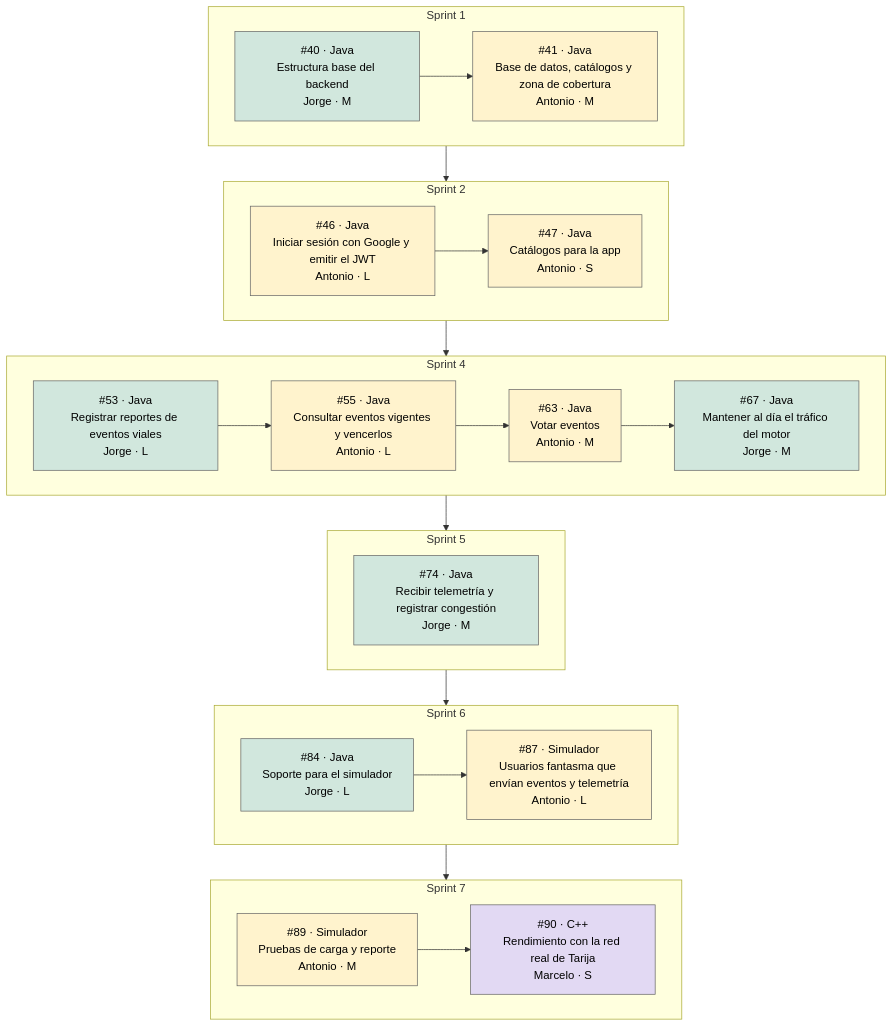
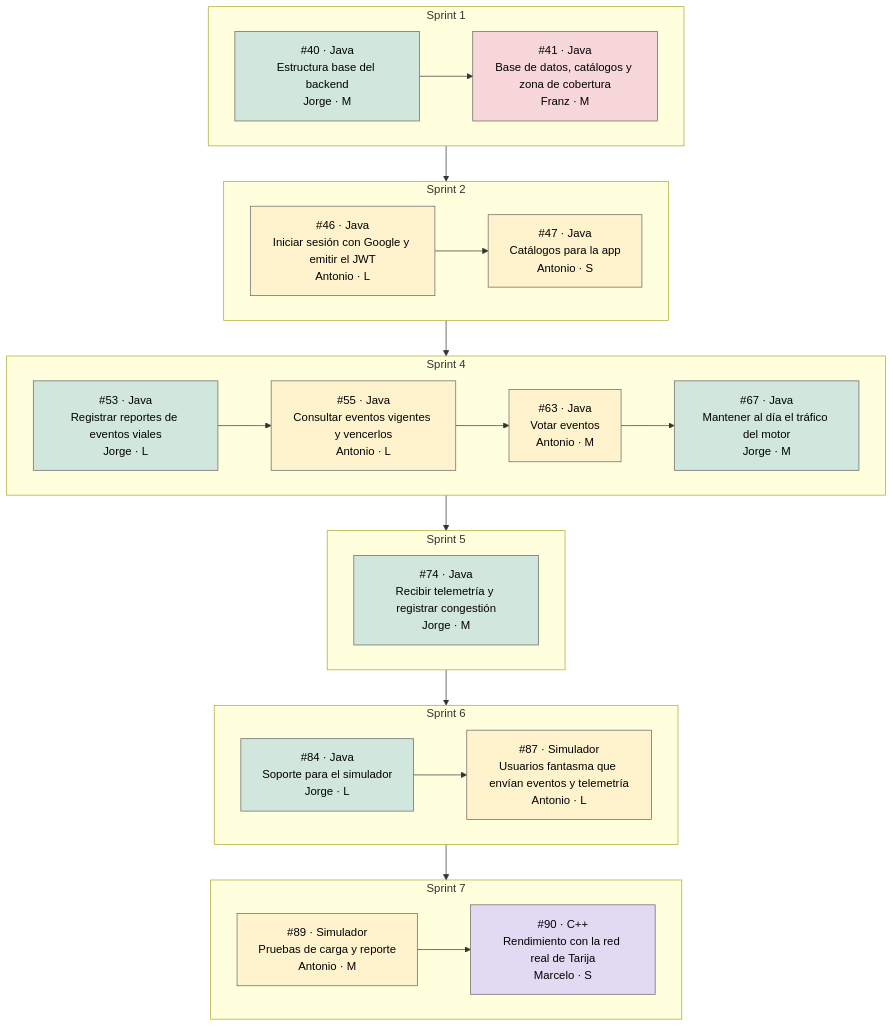
Before and after one commit to uniWASD/ChuroViajeInterno: the first of 2 diagrams in 06_proyect/Backlog_Construccion/08_Camino_critico.md, drawn with Mermaid. The commit also changed other lines of this file and 3 other files, not shown here.

````diff
--- a/06_proyect/Backlog_Construccion/08_Camino_critico.md
+++ b/06_proyect/Backlog_Construccion/08_Camino_critico.md
@@ -27,43 +27,44 @@
 ```mermaid
 flowchart TB
     subgraph S1["Sprint 1"]
     direction LR
         i2["#40 · Java<br/>Estructura base del backend<br/>Jorge · M"]
-        i3["#41 · Java<br/>Base de datos, catálogos y zona de cobertura<br/>Antonio · M"]
+        i3["#41 · Java<br/>Base de datos, catálogos y zona de cobertura<br/>Franz · M"]
     end
     subgraph S2["Sprint 2"]
     direction LR
         i8["#46 · Java<br/>Iniciar sesión con Google y emitir el JWT<br/>Antonio · L"]
         i9["#47 · Java<br/>Catálogos para la app<br/>Antonio · S"]
     end
     subgraph S4["Sprint 4"]
     direction LR
         i15["#53 · Java<br/>Registrar reportes de eventos viales<br/>Jorge · L"]
         i17["#55 · Java<br/>Consultar eventos vigentes y vencerlos<br/>Antonio · L"]
         i25["#63 · Java<br/>Votar eventos<br/>Antonio · M"]
         i29["#67 · Java<br/>Mantener al día el tráfico del motor<br/>Jorge · M"]
     end
     subgraph S5["Sprint 5"]
     direction LR
         i36["#74 · Java<br/>Recibir telemetría y registrar congestión<br/>Jorge · M"]
     end
     subgraph S6["Sprint 6"]
     direction LR
         i46["#84 · Java<br/>Soporte para el simulador<br/>Jorge · L"]
         i49["#87 · Simulador<br/>Usuarios fantasma que envían eventos y telemetría<br/>Antonio · L"]
     end
     subgraph S7["Sprint 7"]
     direction LR
         i51["#89 · Simulador<br/>Pruebas de carga y reporte<br/>Antonio · M"]
         i52["#90 · C++<br/>Rendimiento con la red real de Tarija<br/>Marcelo · S"]
     end
     i2 --> i3 --> i8 --> i9 --> i15 --> i17 --> i25 --> i29 --> i36 --> i46 --> i49 --> i51 --> i52
     classDef alex fill:#cfe2ff,stroke:#666,color:#000
     classDef jorge fill:#d1e7dd,stroke:#666,color:#000
     classDef antonio fill:#fff3cd,stroke:#666,color:#000
     classDef marcelo fill:#e2d9f3,stroke:#666,color:#000
     classDef franz fill:#f8d7da,stroke:#666,color:#000
     class i2,i15,i29,i36,i46 jorge
-    class i3,i8,i9,i17,i25,i49,i51 antonio
+    class i8,i9,i17,i25,i49,i51 antonio
     class i52 marcelo
+    class i3 franz
 ```
````
